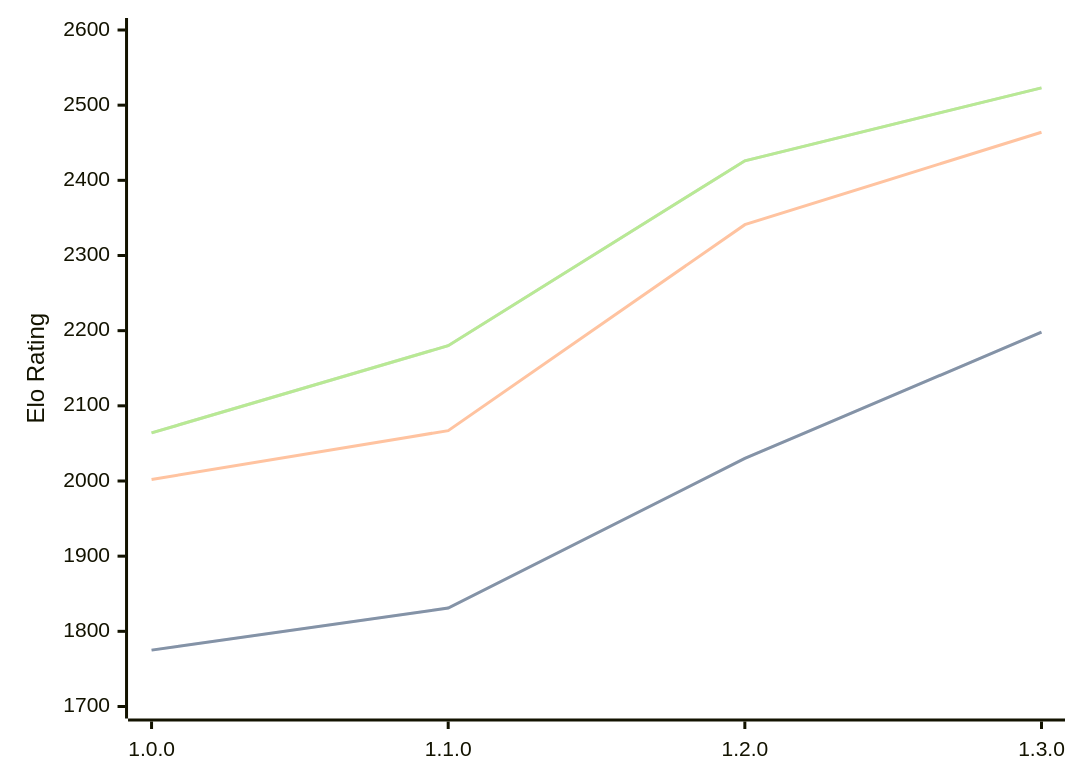
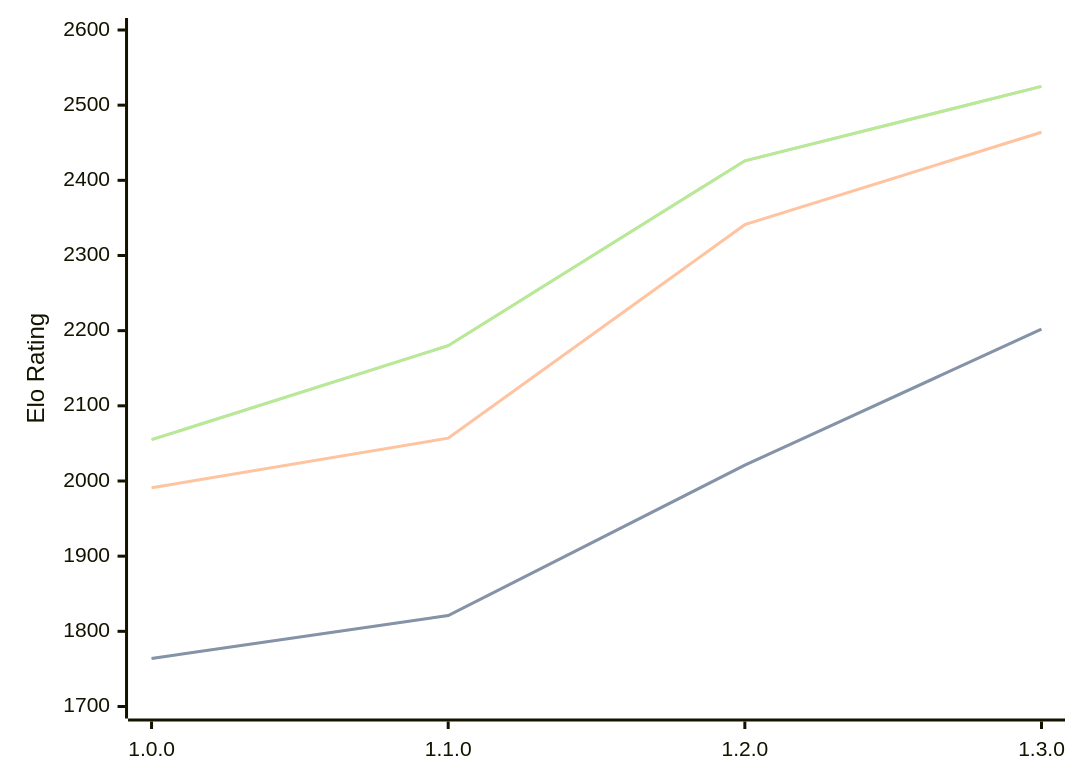
The diagram in engines/Anodos.md (computer-chess-index/cci), drawn with Mermaid before and after one commit. The commit also changed other lines of this file, not shown here.

Commit message:
Update CCI Ratings (ELO VLTC) - 2026-03-19

````diff
--- a/engines/Anodos.md
+++ b/engines/Anodos.md
@@ -43,11 +45,11 @@
 ```mermaid
 %%{init: {"theme":"base","themeVariables":{"seriesColors:['#a3a3a3','#222221','#faa371']}}}%%
 xychart-beta
   x-axis ["1.0.0", "1.1.0", "1.2.0", "1.3.0"]
   y-axis "Elo Rating" 1700 --> 2600
-  line "STC (8.0+0.08s)" [1775, 1831, 2030, 2198]
-  line "STC (8.0+0.08s)" [1775, 1831, 2030, 2198]
-  line "LTC (60.0+0.60s)" [2002, 2067, 2341, 2464]
-  line "VLTC (2m24s+1.12s)" [2064, 2180, 2426, 2523]
-  line "VLTC (2m24s+1.12s)" [2064, 2180, 2426, 2523]
+  line "STC (8.0+0.08s)" [1764, 1821, 2021, 2202]
+  line "STC (8.0+0.08s)" [1764, 1821, 2021, 2202]
+  line "LTC (60.0+0.60s)" [1991, 2057, 2341, 2464]
+  line "VLTC (2m24s+1.12s)" [2055, 2180, 2426, 2525]
+  line "VLTC (2m24s+1.12s)" [2055, 2180, 2426, 2525]
 ```
````
